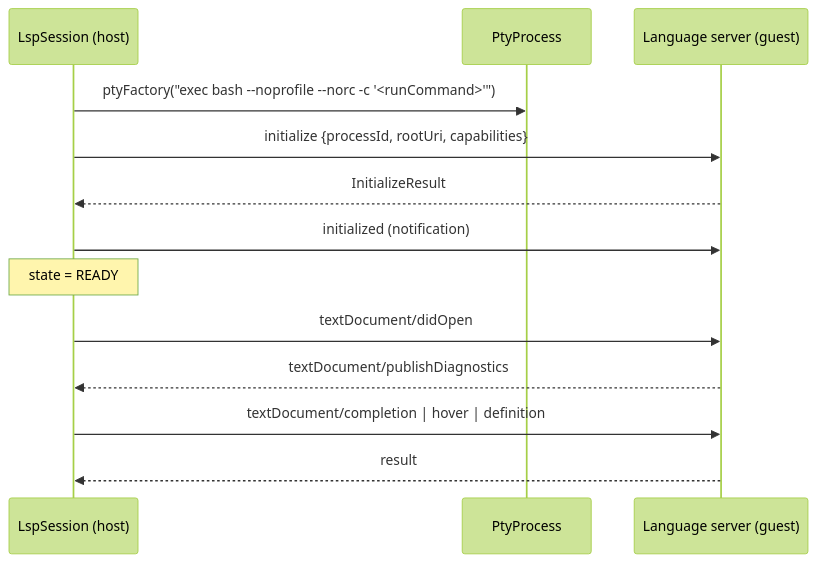
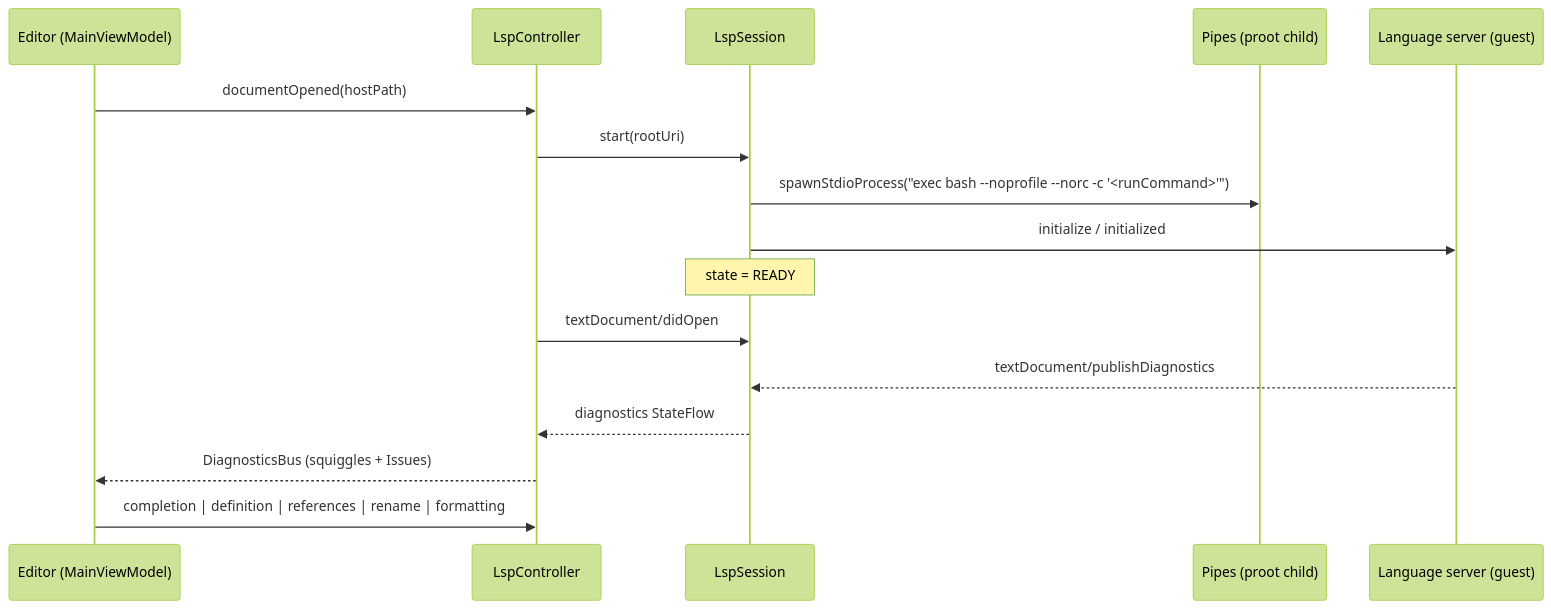
One commit to blamspotdev/j-code-android changed the diagram in docs/specifications/04-language-services/01-lsp-client.md. Above: the diagram before and after it, drawn with Mermaid (forest theme). The commit also changed other lines of this file and 33 other files, not shown here.

First line of the commit message:
Editor ↔ LSP wiring, keyboard image paste, and environment/startup fixes (#40)

````diff
--- a/docs/specifications/04-language-services/01-lsp-client.md
+++ b/docs/specifications/04-language-services/01-lsp-client.md
@@ -24,16 +27,19 @@
 ```mermaid
 sequenceDiagram
-    participant H as LspSession (host)
-    participant P as PtyProcess
+    participant E as Editor (MainViewModel)
+    participant C as LspController
+    participant H as LspSession
+    participant P as Pipes (proot child)
     participant S as Language server (guest)
 
-    H->>P: ptyFactory("exec bash --noprofile --norc -c '<runCommand>'")
-    H->>S: initialize {processId, rootUri, capabilities}
-    S-->>H: InitializeResult
-    H->>S: initialized (notification)
+    E->>C: documentOpened(hostPath)
+    C->>H: start(rootUri)
+    H->>P: spawnStdioProcess("exec bash --noprofile --norc -c '<runCommand>'")
+    H->>S: initialize / initialized
     Note over H: state = READY
-    H->>S: textDocument/didOpen
+    C->>H: textDocument/didOpen
     S-->>H: textDocument/publishDiagnostics
-    H->>S: textDocument/completion | hover | definition
-    S-->>H: result
+    H-->>C: diagnostics StateFlow
+    C-->>E: DiagnosticsBus (squiggles + Issues)
+    E->>C: completion | definition | references | rename | formatting
 ```
````
